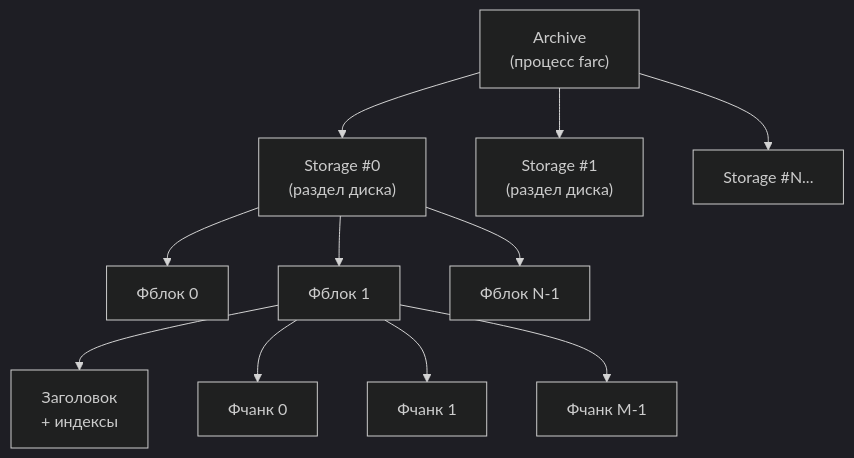
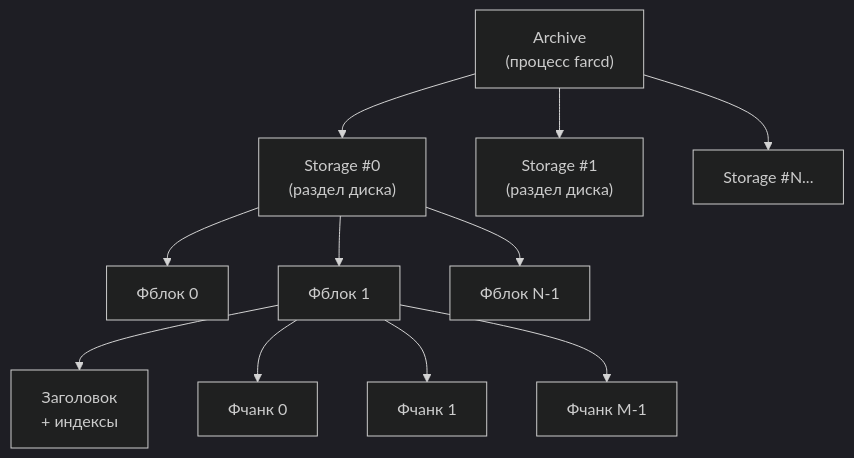
One commit to traycers/farc changed the first of 5 diagrams in docs/docs/archive/02-storage.md. Above: the diagram before and after it, drawn with Mermaid (dark theme). The commit also changed other lines of this file and 8 other files, not shown here.

````diff
--- a/docs/docs/archive/02-storage.md
+++ b/docs/docs/archive/02-storage.md
@@ -18,14 +18,14 @@
 ```mermaid
 graph TD
-    Archive["Archive<br/>(процесс farc)"]
+    Archive["Archive<br/>(процесс farcd)"]
     Archive --> S0["Storage #0<br/>(раздел диска)"]
     Archive --> S1["Storage #1<br/>(раздел диска)"]
     Archive --> SN["Storage #N..."]
     S0 --> F0["Фблок 0"]
     S0 --> F1["Фблок 1"]
     S0 --> FN["Фблок N-1"]
     F1 --> H["Заголовок<br/>+ индексы"]
     F1 --> C0["Фчанк 0"]
     F1 --> C1["Фчанк 1"]
     F1 --> CM["Фчанк M-1"]
 ```
````
